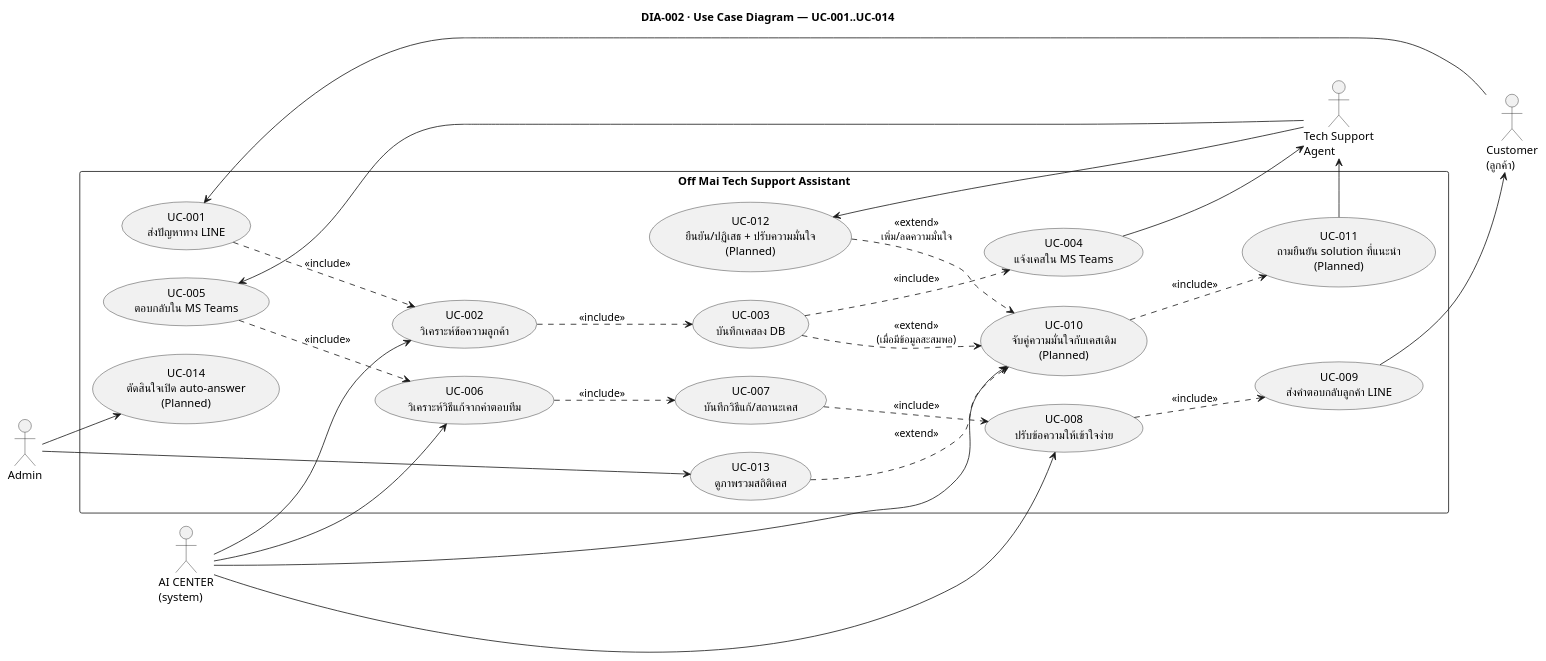
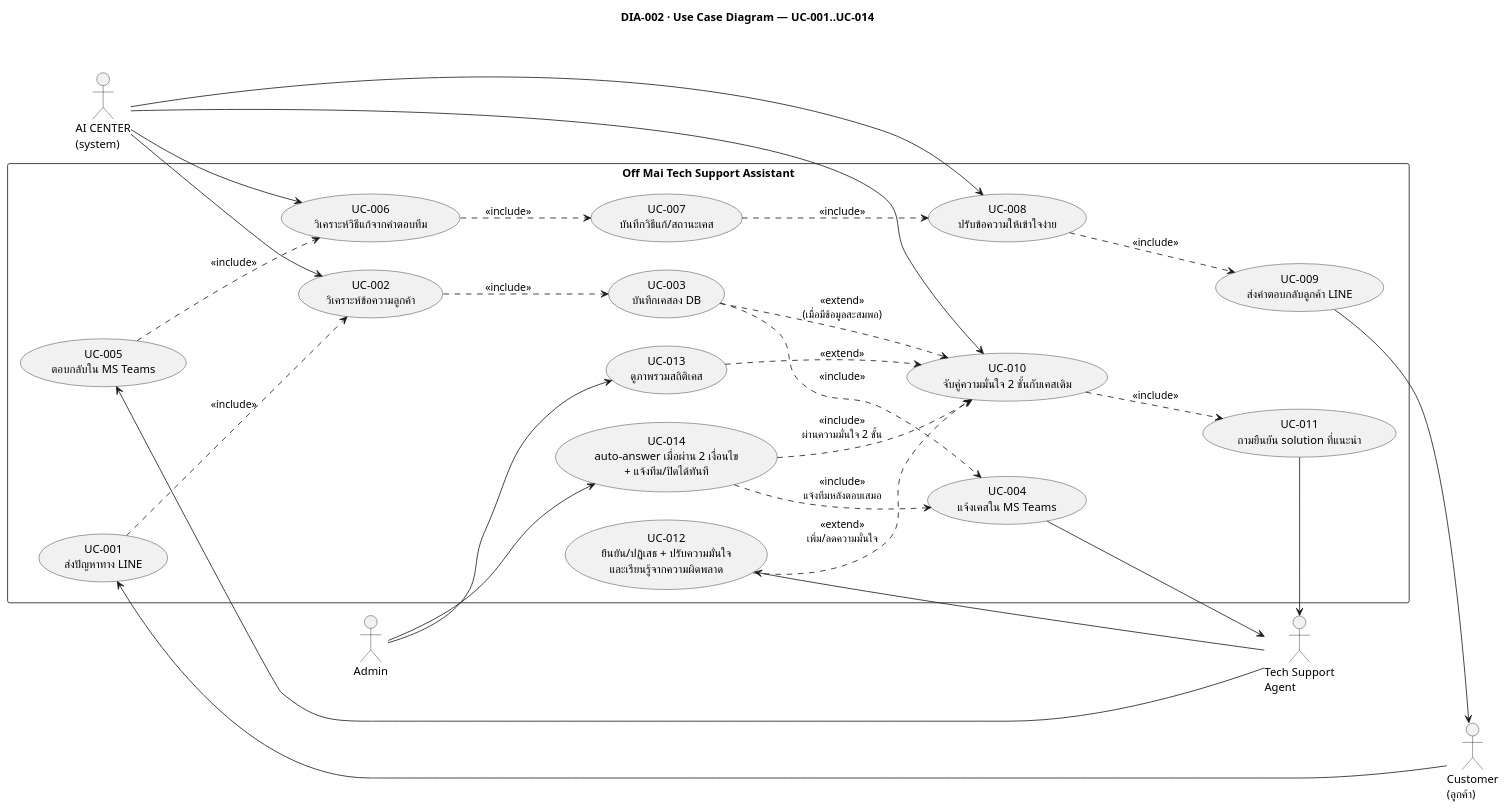
The diagram in diagrams/02-usecases.puml (develyst1/the-off-ml-project-requirement), drawn with PlantUML before and after one commit. The commit also changed 7 other files, not shown here.

First line of the commit message:
Enhance auto-answer functionality and update documentation

```diff
--- a/diagrams/02-usecases.puml
+++ b/diagrams/02-usecases.puml
@@ -1,55 +1,57 @@
 @startuml 02-usecases
 title DIA-002 · Use Case Diagram — UC-001..UC-014
 skinparam shadowing false
 left to right direction
 
 actor "Customer\n(ลูกค้า)" as Customer
 actor "Tech Support\nAgent" as Tech
 actor "Admin" as Admin
 actor "AI CENTER\n(system)" as AI
 
 rectangle "Off Mai Tech Support Assistant" {
   usecase "UC-001\nส่งปัญหาทาง LINE" as UC1
   usecase "UC-002\nวิเคราะห์ข้อความลูกค้า" as UC2
   usecase "UC-003\nบันทึกเคสลง DB" as UC3
   usecase "UC-004\nแจ้งเคสใน MS Teams" as UC4
   usecase "UC-005\nตอบกลับใน MS Teams" as UC5
   usecase "UC-006\nวิเคราะห์วิธีแก้จากคำตอบทีม" as UC6
   usecase "UC-007\nบันทึกวิธีแก้/สถานะเคส" as UC7
   usecase "UC-008\nปรับข้อความให้เข้าใจง่าย" as UC8
   usecase "UC-009\nส่งคำตอบกลับลูกค้า LINE" as UC9
-  usecase "UC-010\nจับคู่ความมั่นใจกับเคสเดิม\n(Planned)" as UC10
-  usecase "UC-011\nถามยืนยัน solution ที่แนะนำ\n(Planned)" as UC11
-  usecase "UC-012\nยืนยัน/ปฏิเสธ + ปรับความมั่นใจ\n(Planned)" as UC12
+  usecase "UC-010\nจับคู่ความมั่นใจ 2 ชั้นกับเคสเดิม" as UC10
+  usecase "UC-011\nถามยืนยัน solution ที่แนะนำ" as UC11
+  usecase "UC-012\nยืนยัน/ปฏิเสธ + ปรับความมั่นใจ\nและเรียนรู้จากความผิดพลาด" as UC12
   usecase "UC-013\nดูภาพรวมสถิติเคส" as UC13
-  usecase "UC-014\nตัดสินใจเปิด auto-answer\n(Planned)" as UC14
+  usecase "UC-014\nauto-answer เมื่อผ่าน 2 เงื่อนไข\n+ แจ้งทีม/ปิดได้ทันที" as UC14
 }
 
 Customer --> UC1
 UC1 ..> UC2 : <<include>>
 UC2 ..> UC3 : <<include>>
 UC3 ..> UC4 : <<include>>
 Tech --> UC5
 UC4 --> Tech
 UC5 ..> UC6 : <<include>>
 UC6 ..> UC7 : <<include>>
 UC7 ..> UC8 : <<include>>
 UC8 ..> UC9 : <<include>>
 UC9 --> Customer
 
 AI --> UC2
 AI --> UC6
 AI --> UC8
 AI --> UC10
 
 UC3 ..> UC10 : <<extend>>\n(เมื่อมีข้อมูลสะสมพอ)
 UC10 ..> UC11 : <<include>>
 Tech --> UC12
 UC11 --> Tech
 UC12 ..> UC10 : <<extend>>\nเพิ่ม/ลดความมั่นใจ
+UC14 ..> UC10 : <<include>>\nผ่านความมั่นใจ 2 ชั้น
+UC14 ..> UC4 : <<include>>\nแจ้งทีมหลังตอบเสมอ
 
 Admin --> UC13
 Admin --> UC14
 UC13 ..> UC10 : <<extend>>
 
 @enduml
```
